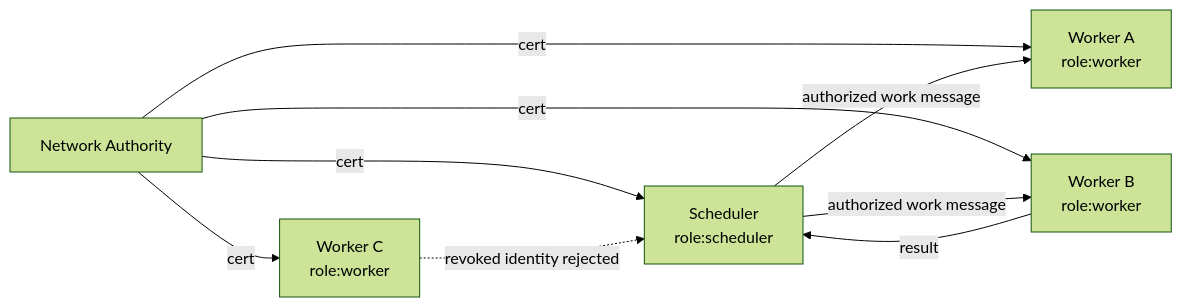
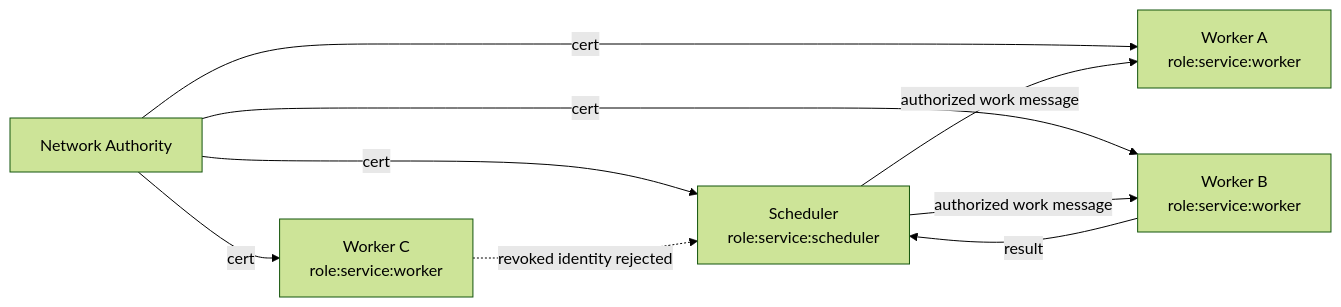
The diagram in docs/examples/compute-cluster.md (GenesisMeshLabs/genesismesh), drawn with Mermaid (forest theme) before and after one commit. The commit also changed other lines of this file and 119 other files, not shown here.

````diff
--- a/docs/examples/compute-cluster.md
+++ b/docs/examples/compute-cluster.md
@@ -7,18 +7,18 @@
 ```{mermaid}
 flowchart LR
     na["Network Authority"]
-    scheduler["Scheduler<br/>role:scheduler"]
-    worker_a["Worker A<br/>role:worker"]
-    worker_b["Worker B<br/>role:worker"]
-    worker_c["Worker C<br/>role:worker"]
+    scheduler["Scheduler<br/>role:service:scheduler"]
+    worker_a["Worker A<br/>role:service:worker"]
+    worker_b["Worker B<br/>role:service:worker"]
+    worker_c["Worker C<br/>role:service:worker"]
 
     na -->|cert| scheduler
     na -->|cert| worker_a
     na -->|cert| worker_b
     na -->|cert| worker_c
 
     scheduler -->|authorized work message| worker_a
     scheduler -->|authorized work message| worker_b
     worker_b -->|result| scheduler
     worker_c -. revoked identity rejected .-> scheduler
 ```
````
